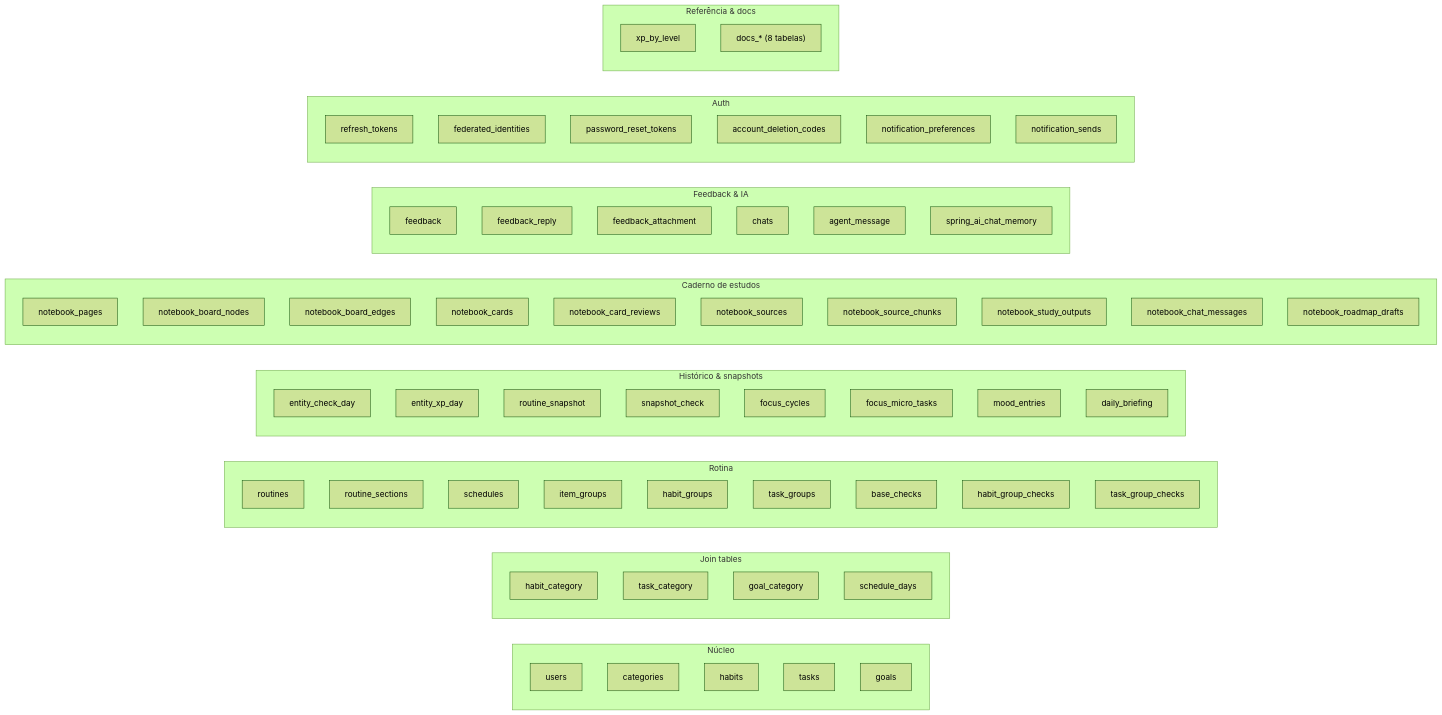
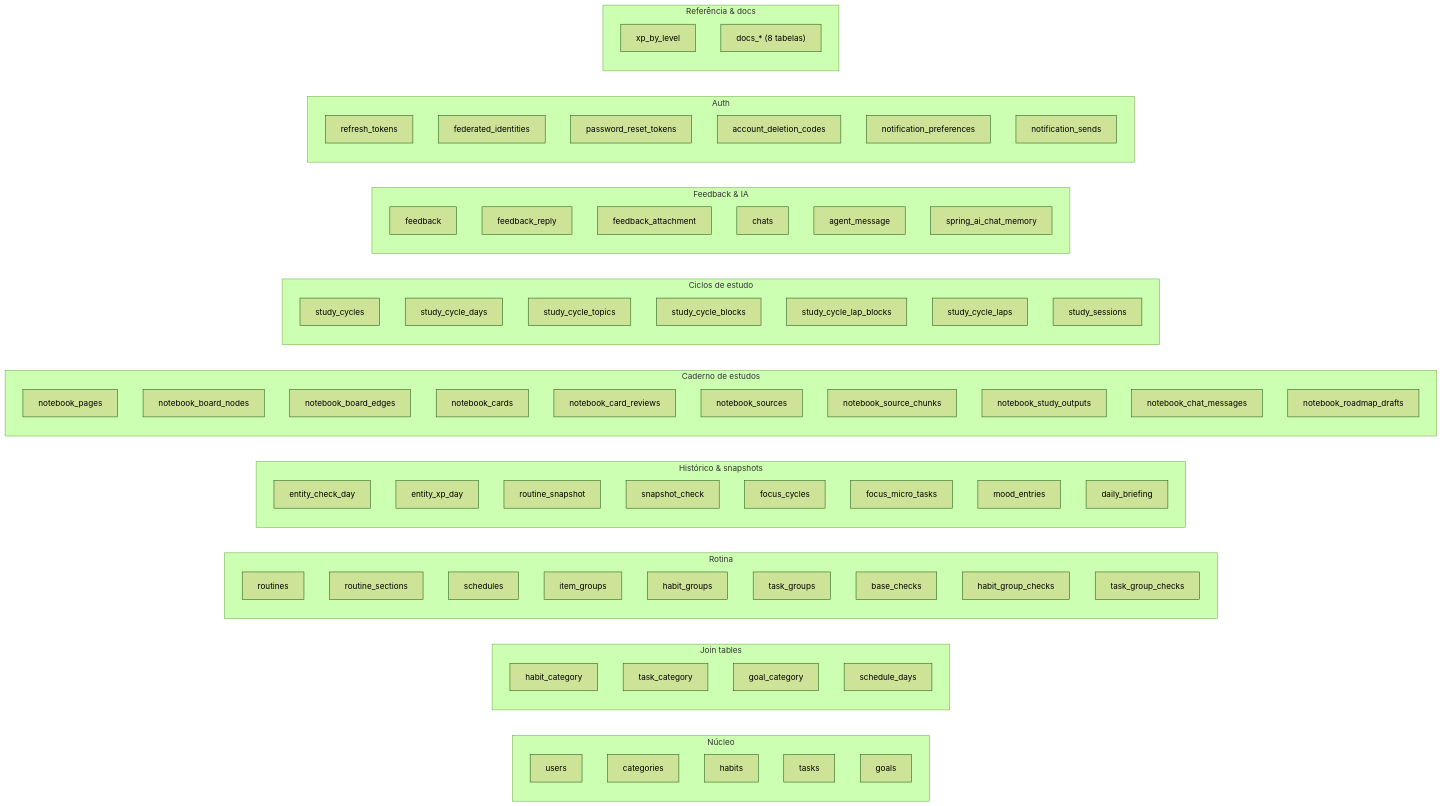
Before and after one commit to AndDev741/Beyou-arch-design: the fifth of 5 diagrams in architecture/domain-model/pt.md, drawn with Mermaid (forest theme). The commit also changed other lines of this file and 33 other files, not shown here.

```diff
--- a/architecture/domain-model/pt.md
+++ b/architecture/domain-model/pt.md
@@ -588,6 +617,16 @@
     notebook_roadmap_drafts
   end
 
+  subgraph cycles["Ciclos de estudo"]
+    study_cycles
+    study_cycle_days
+    study_cycle_topics
+    study_cycle_blocks
+    study_cycle_lap_blocks
+    study_cycle_laps
+    study_sessions
+  end
+
   subgraph support["Feedback & IA"]
     feedback
     feedback_reply
```
